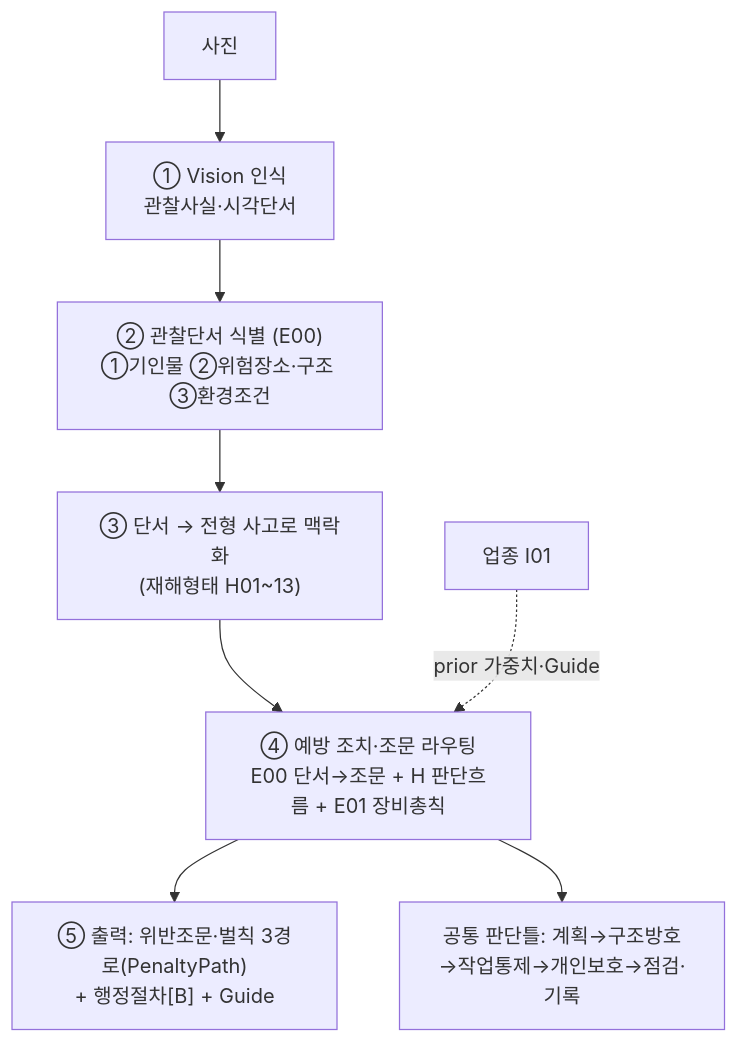
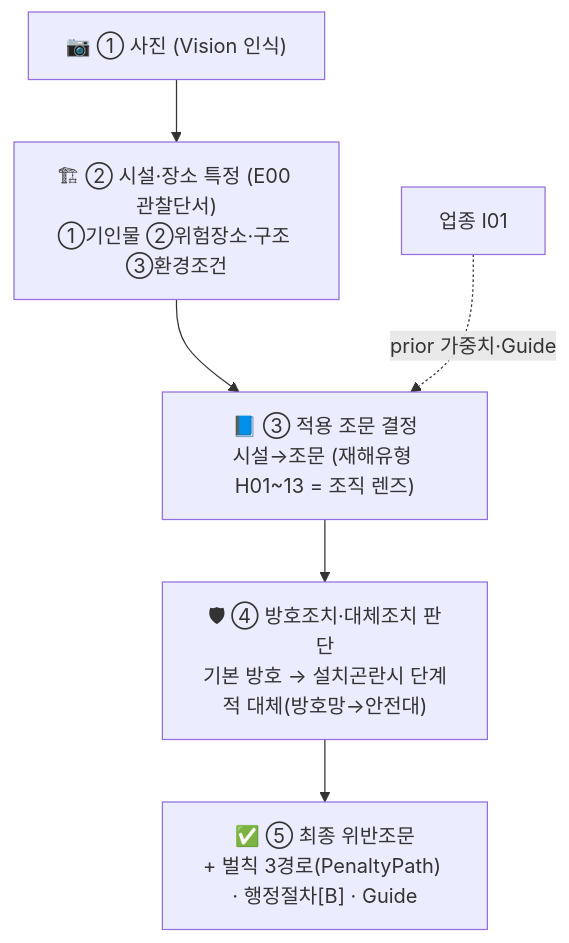
Before and after one commit to jinbless/arch-bot: the diagram in docs/knowledge/감독관-판단기준/00-master.md, drawn with Mermaid. The commit also changed other lines of this file and 2 other files, not shown here.

````diff
--- a/docs/knowledge/감독관-판단기준/00-master.md
+++ b/docs/knowledge/감독관-판단기준/00-master.md
@@ -21,10 +25,8 @@
 ```mermaid
 flowchart TD
-  P[사진] --> V["① Vision 인식<br/>관찰사실·시각단서"]
-  V --> CUE["② 관찰단서 식별 (E00)<br/>①기인물 ②위험장소·구조 ③환경조건"]
-  CUE --> ACC["③ 단서 → 전형 사고로 맥락화<br/>(재해형태 H01~13)"]
-  ACC --> CTRL["④ 예방 조치·조문 라우팅<br/>E00 단서→조문 + H 판단흐름 + E01 장비총칙"]
-  CTRL --> OUT["⑤ 출력: 위반조문·벌칙 3경로(PenaltyPath)<br/>+ 행정절차[B] + Guide"]
-  CTRL --> C["공통 판단틀: 계획→구조방호→작업통제→개인보호→점검·기록"]
-  I["업종 I01"] -. prior 가중치·Guide .-> CTRL
+  P["📷 ① 사진 (Vision 인식)"] --> CUE["🏗 ② 시설·장소 특정 (E00 관찰단서)<br/>①기인물 ②위험장소·구조 ③환경조건"]
+  CUE --> ART["📘 ③ 적용 조문 결정<br/>시설→조문 (재해유형 H01~13 = 조직 렌즈)"]
+  ART --> GUARD["🛡 ④ 방호조치·대체조치 판단<br/>기본 방호 → 설치곤란시 단계적 대체(방호망→안전대)"]
+  GUARD --> OUT["✅ ⑤ 최종 위반조문<br/>+ 벌칙 3경로(PenaltyPath) · 행정절차[B] · Guide"]
+  I["업종 I01"] -. prior 가중치·Guide .-> ART
 ```
````
